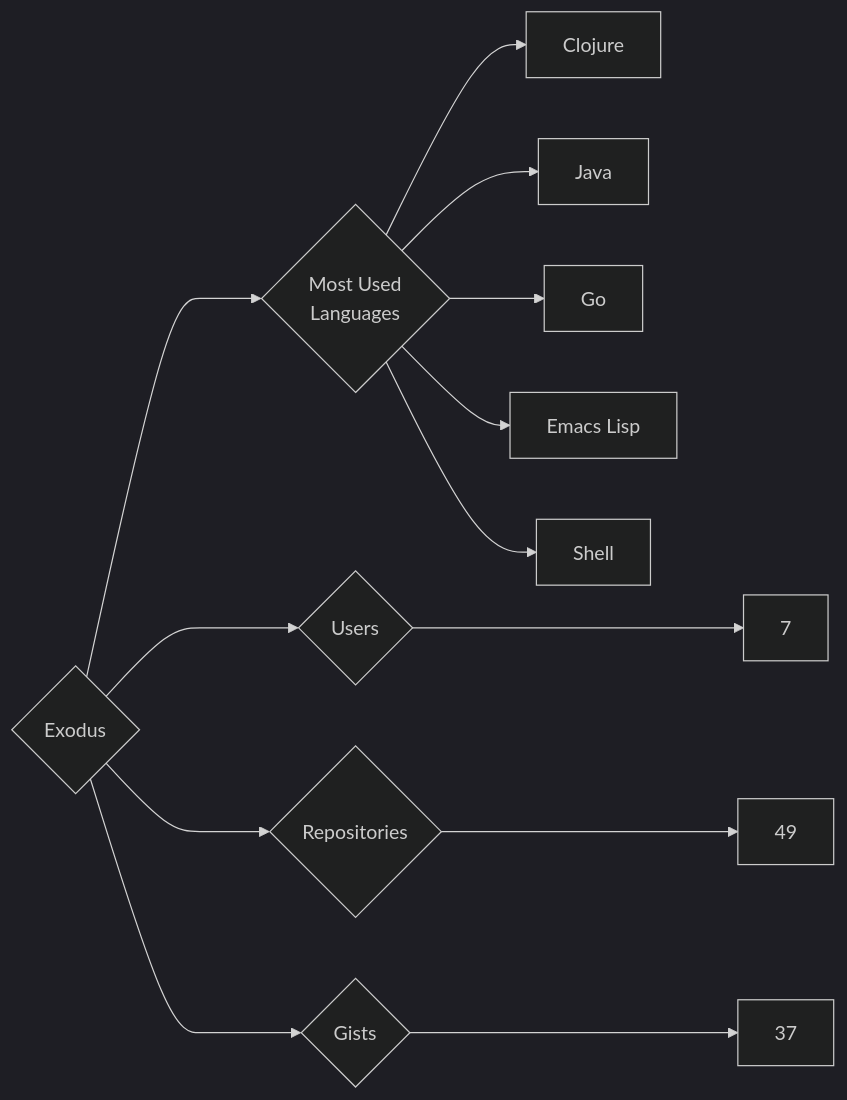
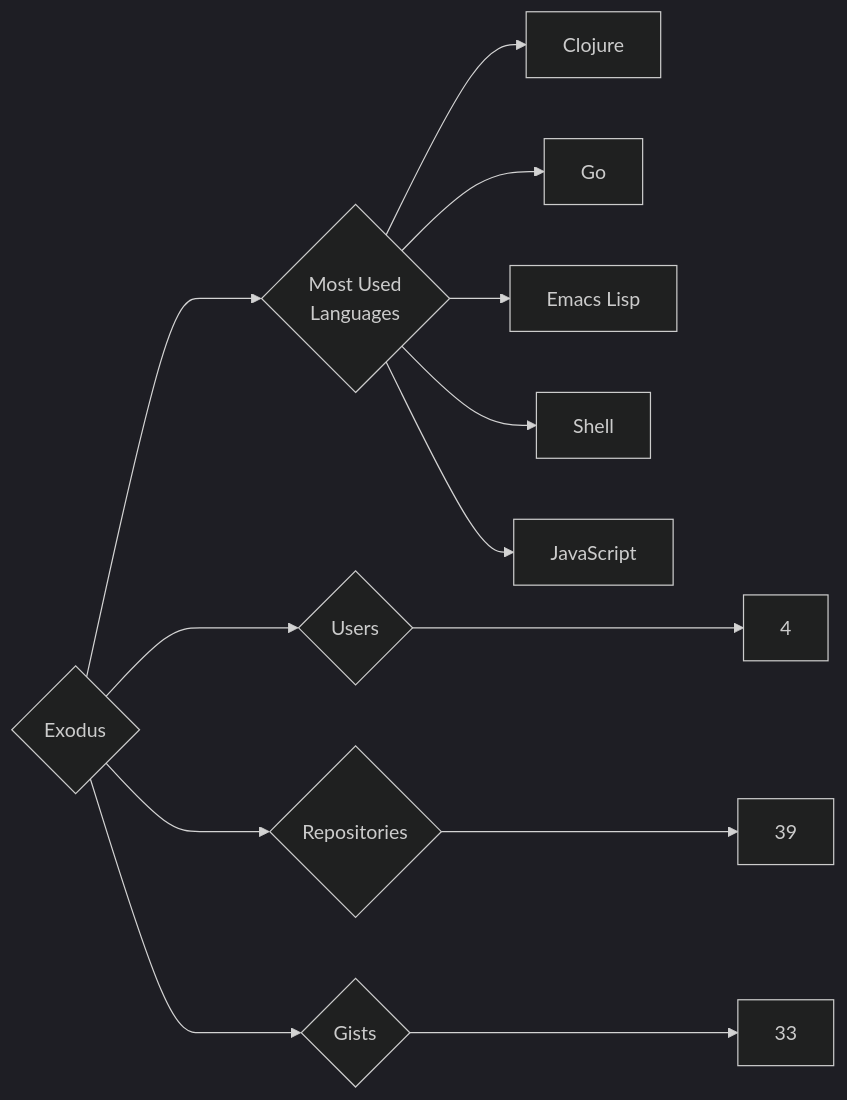
The diagram in targets/Exodus/README.md (trickest/insiders), drawn with Mermaid (dark theme) before and after one commit. The commit also changed 857 other files, not shown here.

````diff
--- a/targets/Exodus/README.md
+++ b/targets/Exodus/README.md
@@ -3,13 +3,13 @@
 ```mermaid
 graph LR
 COMPANY_NAME{Exodus}
-COMPANY_NAME ---> U{Users} ---> UN[7]
-COMPANY_NAME ---> R{Repositories} ---> RN[49]
-COMPANY_NAME ---> G{Gists} ---> GN[37]
+COMPANY_NAME ---> U{Users} ---> UN[4]
+COMPANY_NAME ---> R{Repositories} ---> RN[39]
+COMPANY_NAME ---> G{Gists} ---> GN[33]
 COMPANY_NAME ---> ML{Most Used<br>Languages}
 ML --> Clojure[Clojure]
-ML --> Java[Java]
 ML --> Go[Go]
 ML --> Emacs_Lisp[Emacs Lisp]
 ML --> Shell[Shell]
+ML --> JavaScript[JavaScript]
 ```
````
